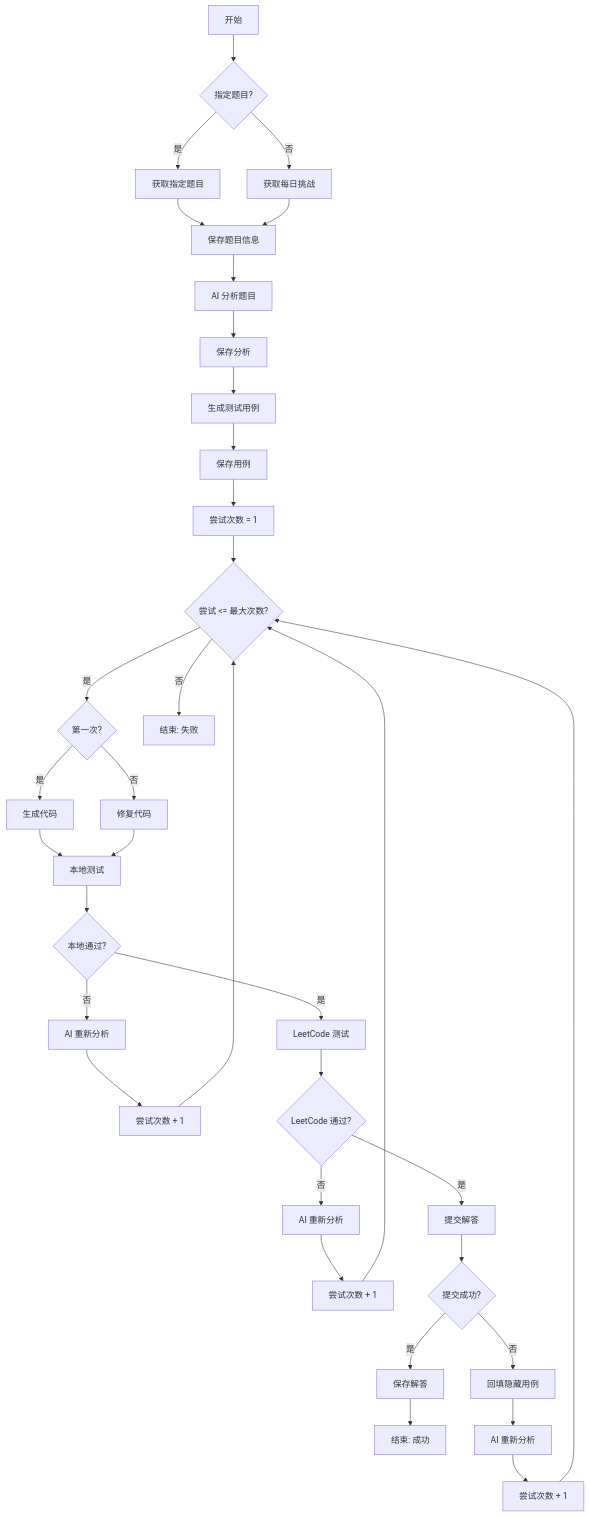
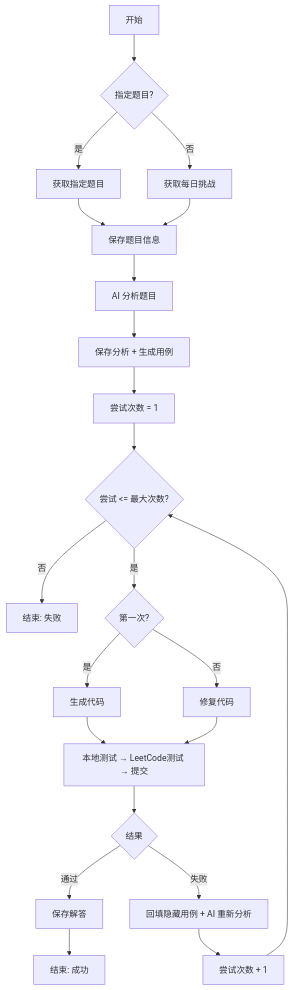
One commit to LYCGGG/leetcode-daily-solver changed the first of 6 diagrams in DESIGN.md. Above: the diagram before and after it, drawn with Mermaid. The commit also changed other lines of this file and 1 other file, not shown here.

Commit message:
docs: 简化设计文档流程图和时序图
- README.zh-CN: 工作流程图改为 Mermaid 格式，解决中文对齐问题
- DESIGN.md: 主流程图合并三种失败场景为统一处理节点
- DESIGN.md: 时序图简化嵌套 alt 为单层结构

````diff
--- a/DESIGN.md
+++ b/DESIGN.md
@@ -182,42 +182,26 @@
 ```mermaid
 flowchart TD
     A[开始] --> B{指定题目?}
     B -->|是| C[获取指定题目]
     B -->|否| D[获取每日挑战]
     C --> E[保存题目信息]
     D --> E
     E --> F[AI 分析题目]
-    F --> G[保存分析]
-    G --> H[生成测试用例]
-    H --> I[保存用例]
-    I --> J[尝试次数 = 1]
-    
-    J --> K{尝试 <= 最大次数?}
-    K -->|是| L{第一次?}
-    L -->|是| M[生成代码]
-    L -->|否| N[修复代码]
-    M --> O[本地测试]
-    N --> O
-    
-    O --> P{本地通过?}
-    P -->|否| Q[AI 重新分析]
-    Q --> R[尝试次数 + 1]
-    R --> K
-    
-    P -->|是| S[LeetCode 测试]
-    S --> T{LeetCode 通过?}
-    T -->|否| U[AI 重新分析]
-    U --> V[尝试次数 + 1]
-    V --> K
-    
-    T -->|是| W[提交解答]
-    W --> X{提交成功?}
-    X -->|是| Y[保存解答]
-    Y --> Z[结束: 成功]
-    X -->|否| AA[回填隐藏用例]
-    AA --> AB[AI 重新分析]
-    AB --> AC[尝试次数 + 1]
-    AC --> K
-    
-    K -->|否| AD[结束: 失败]
+    F --> G[保存分析 + 生成用例]
+    G --> H[尝试次数 = 1]
+
+    H --> I{尝试 <= 最大次数?}
+    I -->|否| J[结束: 失败]
+    I -->|是| K{第一次?}
+    K -->|是| L[生成代码]
+    K -->|否| M[修复代码]
+    L --> N[本地测试 → LeetCode测试 → 提交]
+    M --> N
+
+    N --> O{结果}
+    O -->|通过| P[保存解答]
+    P --> Q[结束: 成功]
+    O -->|失败| R[回填隐藏用例 + AI 重新分析]
+    R --> S[尝试次数 + 1]
+    S --> I
 ```
````
